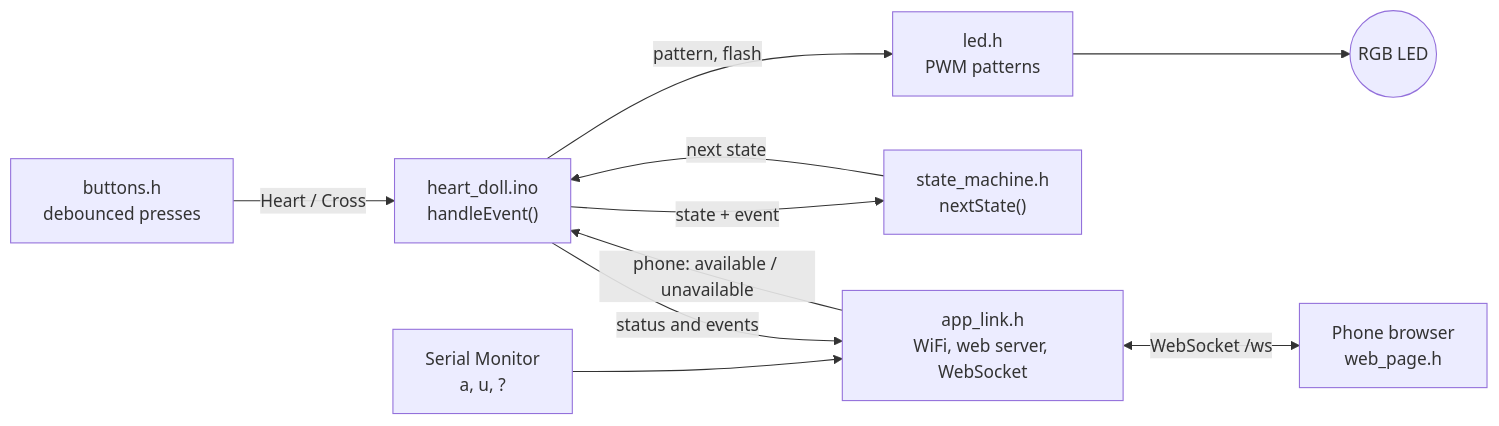
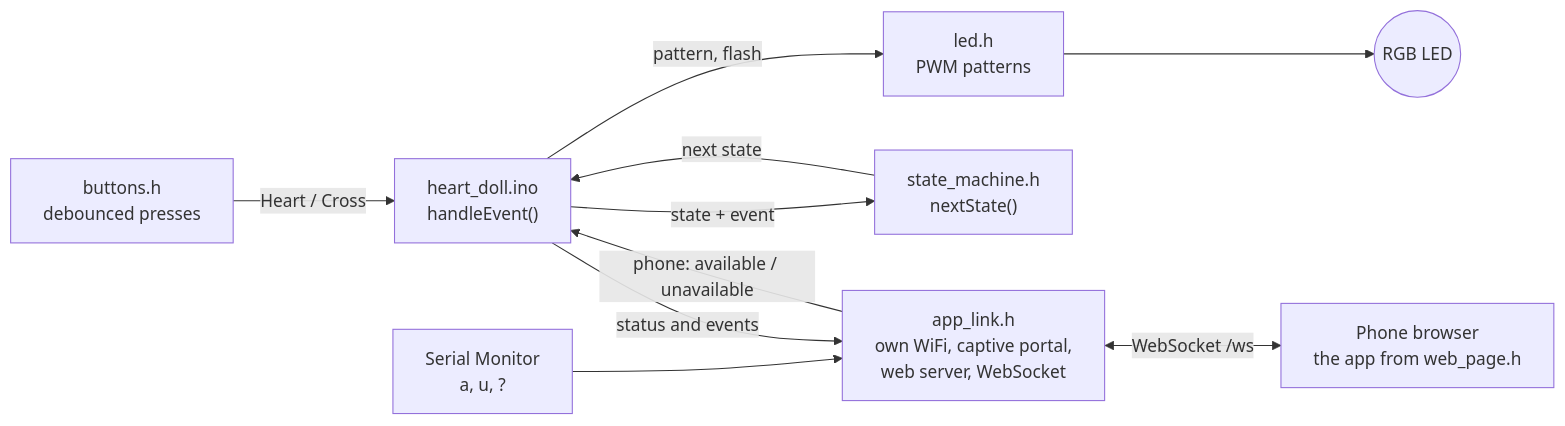
One commit to rkdotxyz/DM2601 changed the first of 2 diagrams in prototype/docs/architecture.md. Above: the diagram before and after it, drawn with Mermaid. The commit also changed other lines of this file and 26 other files, not shown here.

First line of the commit message:
Give the doll its own WiFi, a captive portal and the 3D app

````diff
--- a/prototype/docs/architecture.md
+++ b/prototype/docs/architecture.md
@@ -7,12 +7,12 @@
 ```mermaid
 flowchart LR
   buttons["buttons.h<br/>debounced presses"] -- "Heart / Cross" --> main["heart_doll.ino<br/>handleEvent()"]
-  link["app_link.h<br/>WiFi, web server, WebSocket"] -- "phone: available / unavailable" --> main
+  link["app_link.h<br/>own WiFi, captive portal,<br/>web server, WebSocket"] -- "phone: available / unavailable" --> main
   serial["Serial Monitor<br/>a, u, ?"] --> link
   main -- "state + event" --> rules["state_machine.h<br/>nextState()"]
   rules -- "next state" --> main
   main -- "pattern, flash" --> led["led.h<br/>PWM patterns"]
   main -- "status and events" --> link
-  link <-- "WebSocket /ws" --> phone["Phone browser<br/>web_page.h"]
+  link <-- "WebSocket /ws" --> phone["Phone browser<br/>the app from web_page.h"]
   led --> rgb(("RGB LED"))
 ```
````
